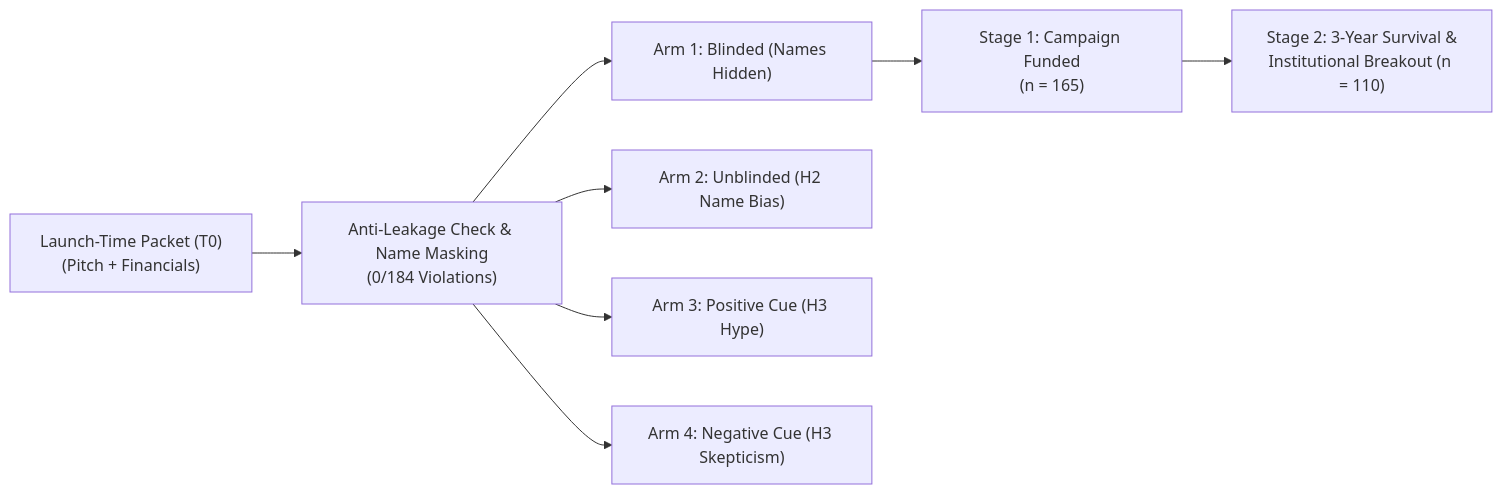
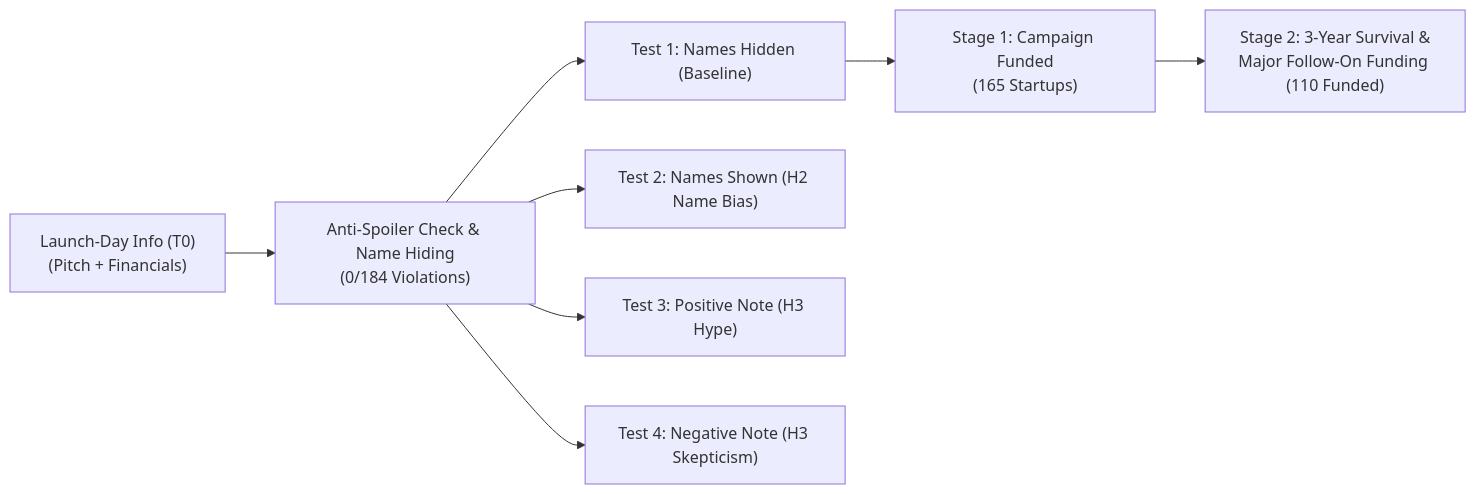
Before and after one commit to Raghavv-Saini/Business-Econ-Research: the diagram in report/BE_Research_Report.md, drawn with Mermaid. The commit also changed other lines of this file and 1 other file, not shown here.

````diff
--- a/report/BE_Research_Report.md
+++ b/report/BE_Research_Report.md
@@ -40,10 +40,10 @@
 ```mermaid
 flowchart LR
-    T0["Launch-Time Packet (T0)\n(Pitch + Financials)"] --> FW["Anti-Leakage Check & Name Masking\n(0/184 Violations)"]
-    FW --> B["Arm 1: Blinded (Names Hidden)"]
-    FW --> U["Arm 2: Unblinded (H2 Name Bias)"]
-    FW --> P["Arm 3: Positive Cue (H3 Hype)"]
-    FW --> N["Arm 4: Negative Cue (H3 Skepticism)"]
-    B --> S1["Stage 1: Campaign Funded\n(n = 165)"]
-    S1 --> S2["Stage 2: 3-Year Survival &\nInstitutional Breakout (n = 110)"]
+    T0["Launch-Day Info (T0)\n(Pitch + Financials)"] --> FW["Anti-Spoiler Check & Name Hiding\n(0/184 Violations)"]
+    FW --> B["Test 1: Names Hidden (Baseline)"]
+    FW --> U["Test 2: Names Shown (H2 Name Bias)"]
+    FW --> P["Test 3: Positive Note (H3 Hype)"]
+    FW --> N["Test 4: Negative Note (H3 Skepticism)"]
+    B --> S1["Stage 1: Campaign Funded\n(165 Startups)"]
+    S1 --> S2["Stage 2: 3-Year Survival &\nMajor Follow-On Funding (110 Funded)"]
 ```
````
